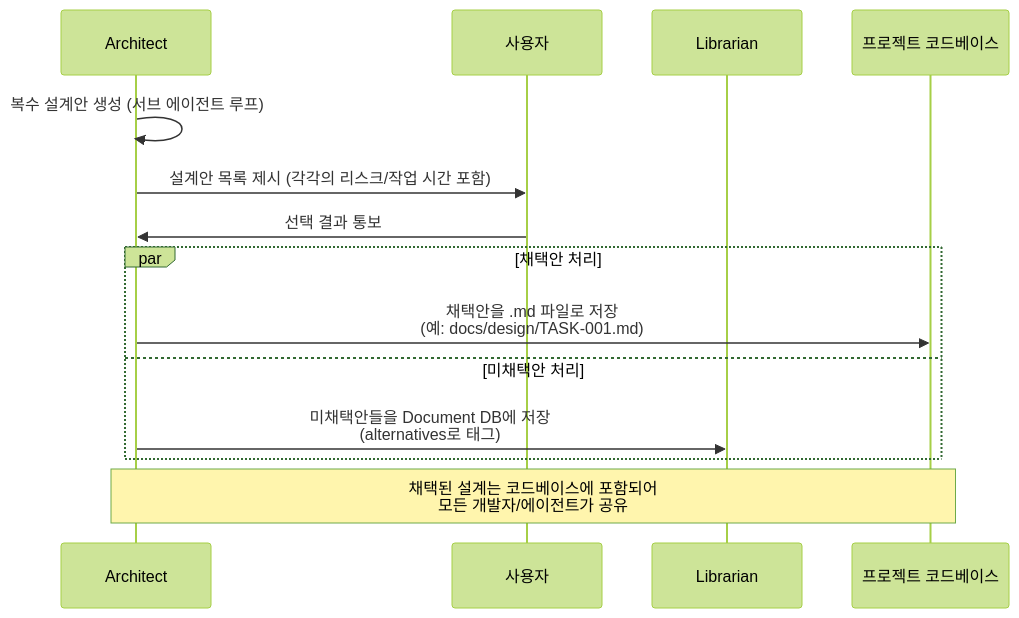
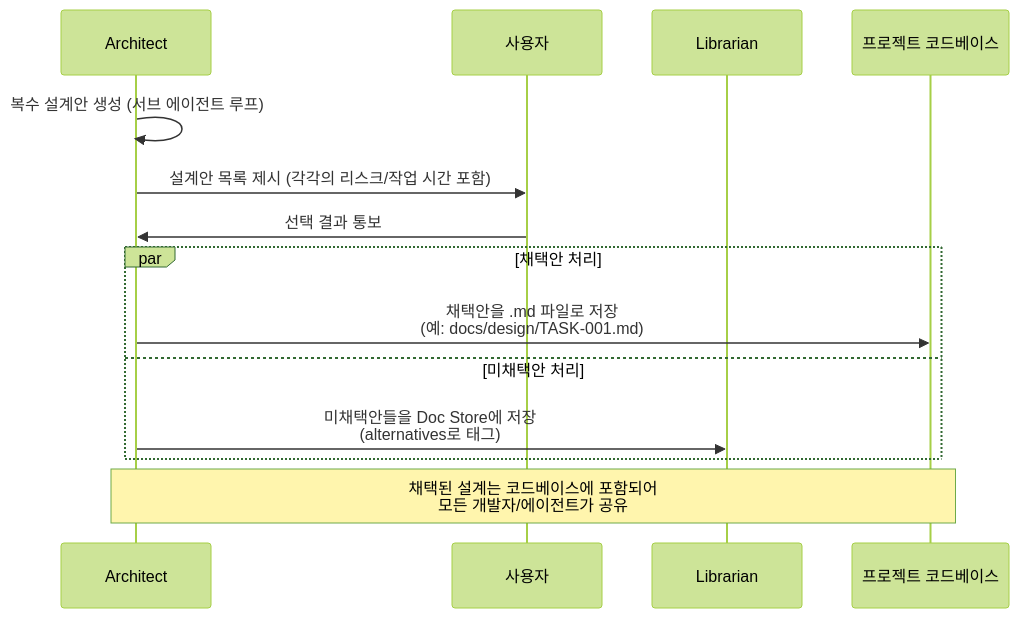
Before and after one commit to vonkernel/dev-team: the ninth of 13 diagrams in docs/proposal.md, drawn with Mermaid (forest theme). The commit also changed other lines of this file and 82 other files, not shown here.

````diff
--- a/docs/proposal.md
+++ b/docs/proposal.md
@@ -889,19 +889,19 @@
 ```mermaid
 sequenceDiagram
     participant A as Architect
     participant User as 사용자
     participant L as Librarian
     participant Repo as 프로젝트 코드베이스
 
     A->>A: 복수 설계안 생성 (서브 에이전트 루프)
     A->>User: 설계안 목록 제시 (각각의 리스크/작업 시간 포함)
     User->>A: 선택 결과 통보
 
     par 채택안 처리
         A->>Repo: 채택안을 .md 파일로 저장<br/>(예: docs/design/TASK-001.md)
     and 미채택안 처리
-        A->>L: 미채택안들을 Document DB에 저장<br/>(alternatives로 태그)
+        A->>L: 미채택안들을 Doc Store에 저장<br/>(alternatives로 태그)
     end
 
     Note over A,Repo: 채택된 설계는 코드베이스에 포함되어<br/>모든 개발자/에이전트가 공유
 ```
````
